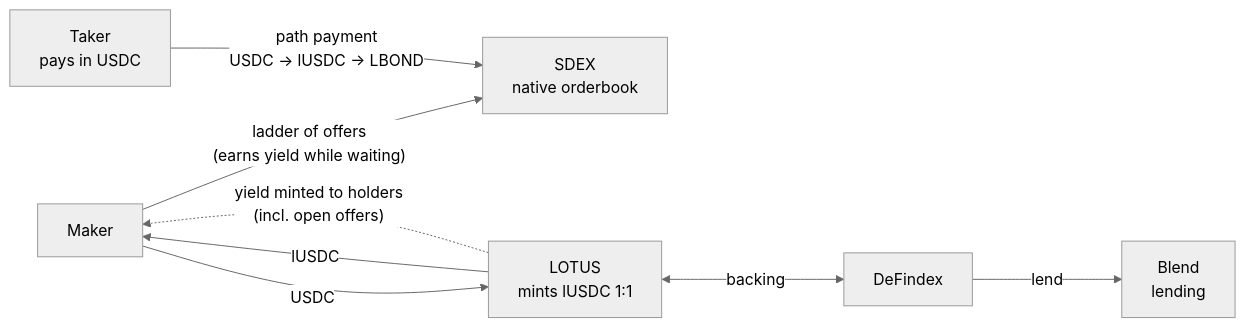
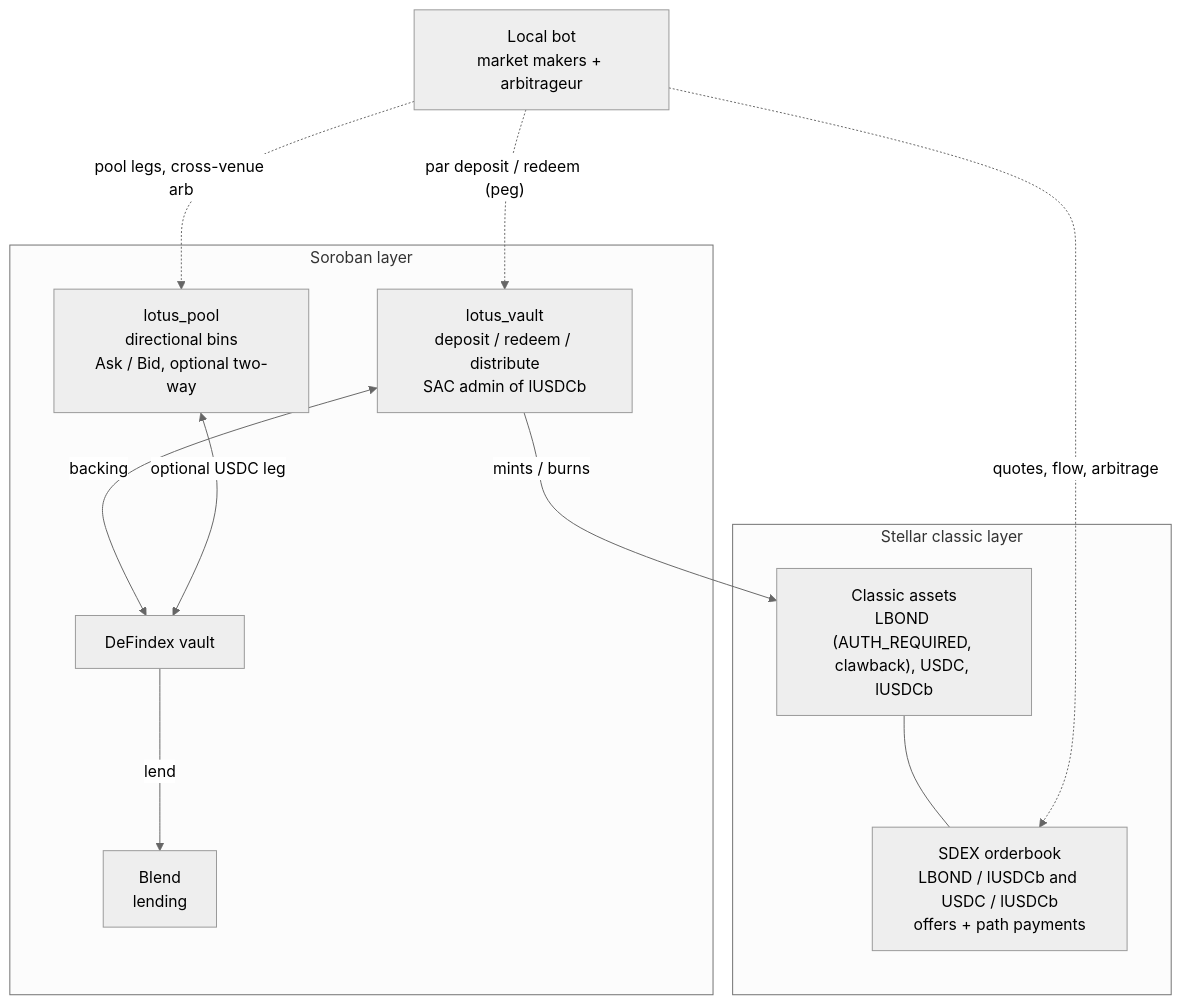
Before and after one commit to skar8848/lotus-stellar: the diagram in README.md, drawn with Mermaid (neutral theme). The commit also changed other lines of this file and 4 other files, not shown here.

Commit message:
Docs: two products (pool + receipt), lUSDCb v2, bot results, honest limitations

````diff
--- a/README.md
+++ b/README.md
@@ -34,17 +22,23 @@
 ```mermaid
-%%{init: {"flowchart": {"nodeSpacing": 80, "rankSpacing": 120}}}%%
-flowchart LR
-    MAKER["Maker"]
-    TAKER["Taker<br/>pays in USDC"]
-    SDEX["SDEX<br/>native orderbook"]
-    LOTUS["LOTUS<br/>mints lUSDC 1:1"]
-    DFX["DeFindex"]
-    BLEND["Blend<br/>lending"]
-    MAKER -- "USDC" --> LOTUS
-    LOTUS -- "lUSDC" --> MAKER
-    LOTUS <-- "backing" --> DFX
+%%{init: {"flowchart": {"nodeSpacing": 70, "rankSpacing": 90}}}%%
+flowchart TB
+    subgraph CLASSIC["Stellar classic layer"]
+        SDEX["SDEX orderbook<br/>LBOND / lUSDCb and USDC / lUSDCb<br/>offers + path payments"]
+        ASSETS["Classic assets<br/>LBOND (AUTH_REQUIRED, clawback), USDC, lUSDCb"]
+    end
+    subgraph SOROBAN["Soroban layer"]
+        POOL["lotus_pool<br/>directional bins<br/>Ask / Bid, optional two-way"]
+        VAULT["lotus_vault<br/>deposit / redeem / distribute<br/>SAC admin of lUSDCb"]
+        DFX["DeFindex vault"]
+        BLEND["Blend<br/>lending"]
+    end
+    BOT["Local bot<br/>market makers + arbitrageur"]
+    ASSETS --- SDEX
+    VAULT -- "mints / burns" --> ASSETS
+    VAULT <-- "backing" --> DFX
+    POOL <-- "optional USDC leg" --> DFX
     DFX -- "lend" --> BLEND
-    MAKER -- "ladder of offers<br/>(earns yield while waiting)" --> SDEX
-    TAKER -- "path payment<br/>USDC → lUSDC → LBOND" --> SDEX
-    LOTUS -. "yield minted to holders<br/>(incl. open offers)" .-> MAKER
+    BOT -. "quotes, flow, arbitrage" .-> SDEX
+    BOT -. "pool legs, cross-venue arb" .-> POOL
+    BOT -. "par deposit / redeem (peg)" .-> VAULT
 ```
````
